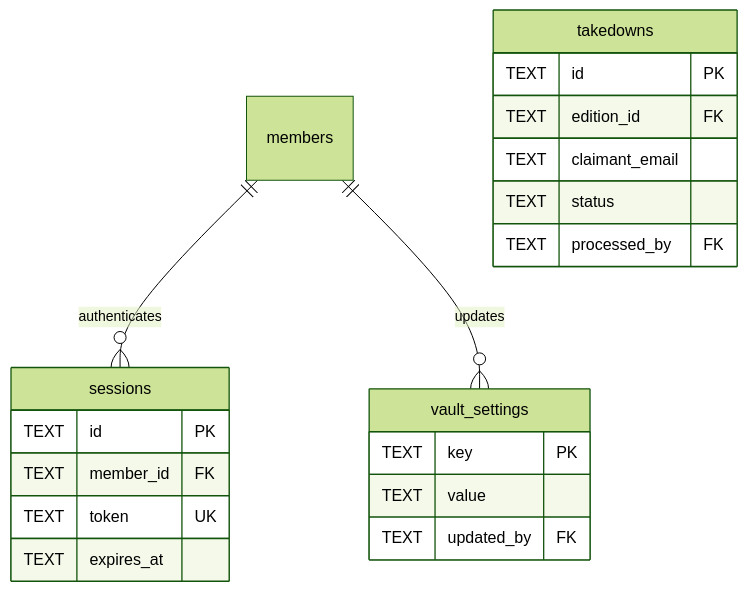
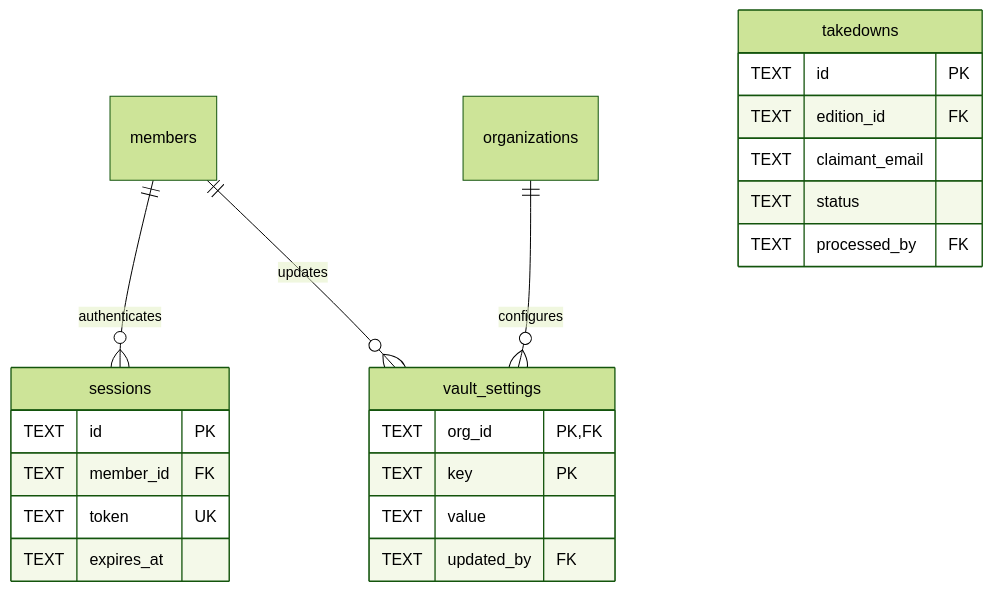
Before and after one commit to mitselek/polyphony: the eighth of 9 diagrams in docs/DATABASE-SCHEMA.md, drawn with Mermaid (forest theme). The commit also changed other lines of this file and 1 other file, not shown here.

First line of the commit message:
docs: update schema for migration 0040 and add guide discrepancies audit

````diff
--- a/docs/DATABASE-SCHEMA.md
+++ b/docs/DATABASE-SCHEMA.md
@@ -829,26 +829,28 @@
 ```mermaid
 erDiagram
     members ||--o{ sessions : "authenticates"
+    organizations ||--o{ vault_settings : "configures"
     members ||--o{ vault_settings : "updates"
 
     sessions {
         TEXT id PK
         TEXT member_id FK
         TEXT token UK
         TEXT expires_at
     }
 
     vault_settings {
+        TEXT org_id PK,FK
         TEXT key PK
         TEXT value
         TEXT updated_by FK
     }
 
     takedowns {
         TEXT id PK
         TEXT edition_id FK
         TEXT claimant_email
         TEXT status
         TEXT processed_by FK
     }
 ```
````
